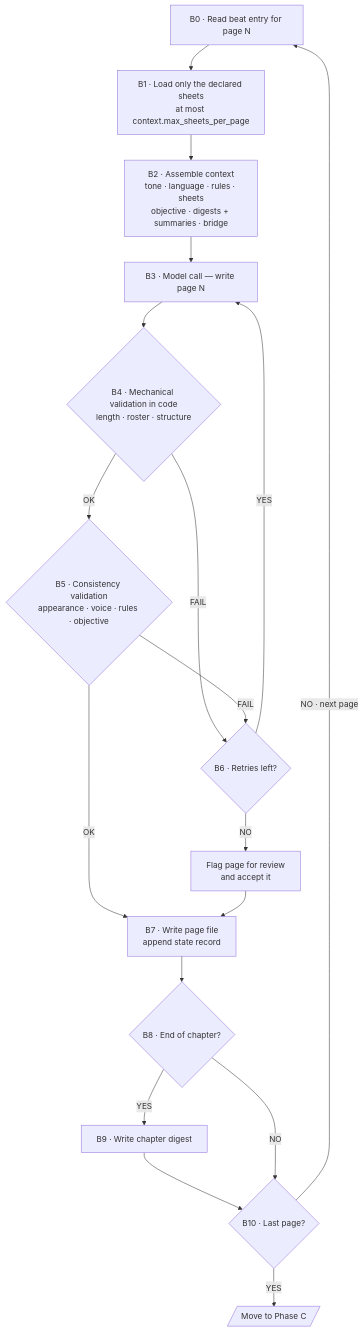
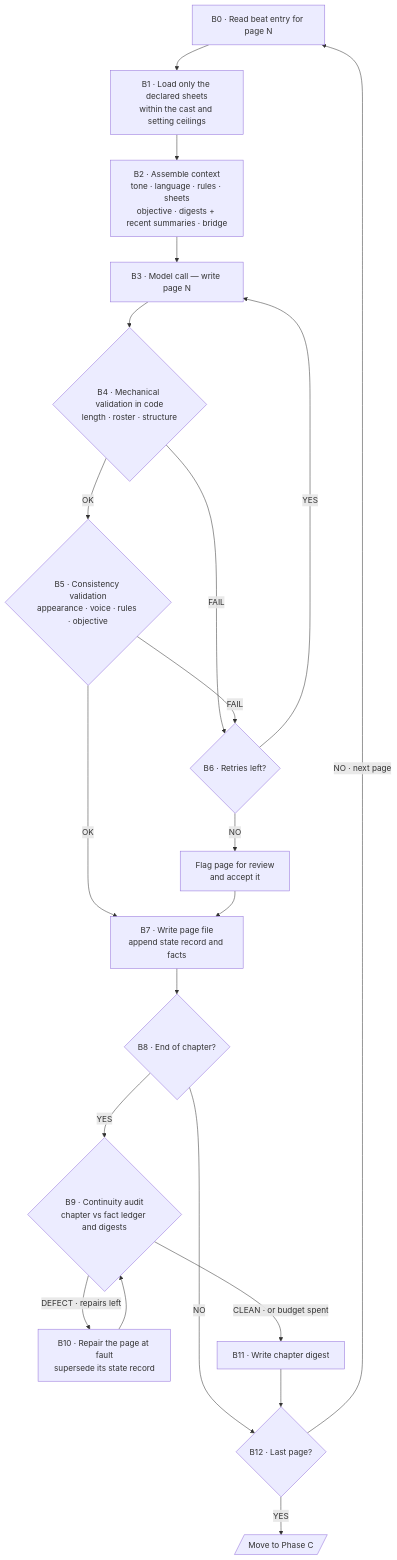
The second of 4 diagrams in functional_specification_story_agent.md (Asieribarz/my-story-marker), drawn with Mermaid before and after one commit. The commit also changed other lines of this file and 2 other files, not shown here.

````diff
--- a/functional_specification_story_agent.md
+++ b/functional_specification_story_agent.md
@@ -165,29 +197,34 @@
 ```mermaid
 flowchart TD
     B0["B0 · Read beat entry for page N"]
-    B1["B1 · Load only the declared sheets<br/>at most context.max_sheets_per_page"]
-    B2["B2 · Assemble context<br/>tone · language · rules · sheets<br/>objective · digests + summaries · bridge"]
+    B1["B1 · Load only the declared sheets<br/>within the cast and setting ceilings"]
+    B2["B2 · Assemble context<br/>tone · language · rules · sheets<br/>objective · digests + recent summaries · bridge"]
     B3["B3 · Model call — write page N"]
     B4{"B4 · Mechanical validation in code<br/>length · roster · structure"}
     B5{"B5 · Consistency validation<br/>appearance · voice · rules · objective"}
     B6{"B6 · Retries left?"}
     MARK["Flag page for review<br/>and accept it"]
-    B7["B7 · Write page file<br/>append state record"]
+    B7["B7 · Write page file<br/>append state record and facts"]
     B8{"B8 · End of chapter?"}
-    B9["B9 · Write chapter digest"]
-    B10{"B10 · Last page?"}
+    B9{"B9 · Continuity audit<br/>chapter vs fact ledger and digests"}
+    B10["B10 · Repair the page at fault<br/>supersede its state record"]
+    B11["B11 · Write chapter digest"]
+    B12{"B12 · Last page?"}
     FC[/"Move to Phase C"/]
 
     B0 --> B1 --> B2 --> B3 --> B4
     B4 -- FAIL --> B6
     B4 -- OK --> B5
     B5 -- FAIL --> B6
     B5 -- OK --> B7
     B6 -- YES --> B3
     B6 -- NO --> MARK --> B7
     B7 --> B8
-    B8 -- YES --> B9 --> B10
-    B8 -- NO --> B10
-    B10 -- "NO · next page" --> B0
-    B10 -- YES --> FC
+    B8 -- YES --> B9
+    B8 -- NO --> B12
+    B9 -- "DEFECT · repairs left" --> B10
+    B10 --> B9
+    B9 -- "CLEAN · or budget spent" --> B11 --> B12
+    B12 -- "NO · next page" --> B0
+    B12 -- YES --> FC
 ```
````
